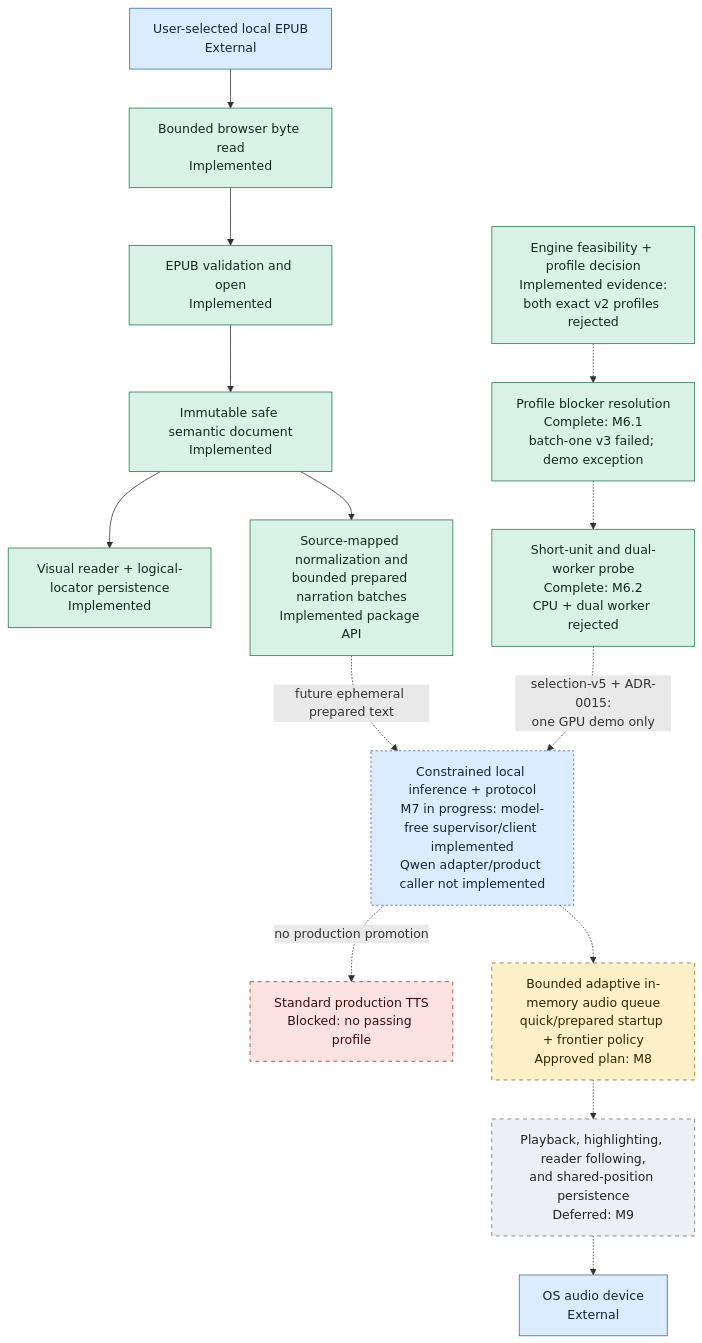
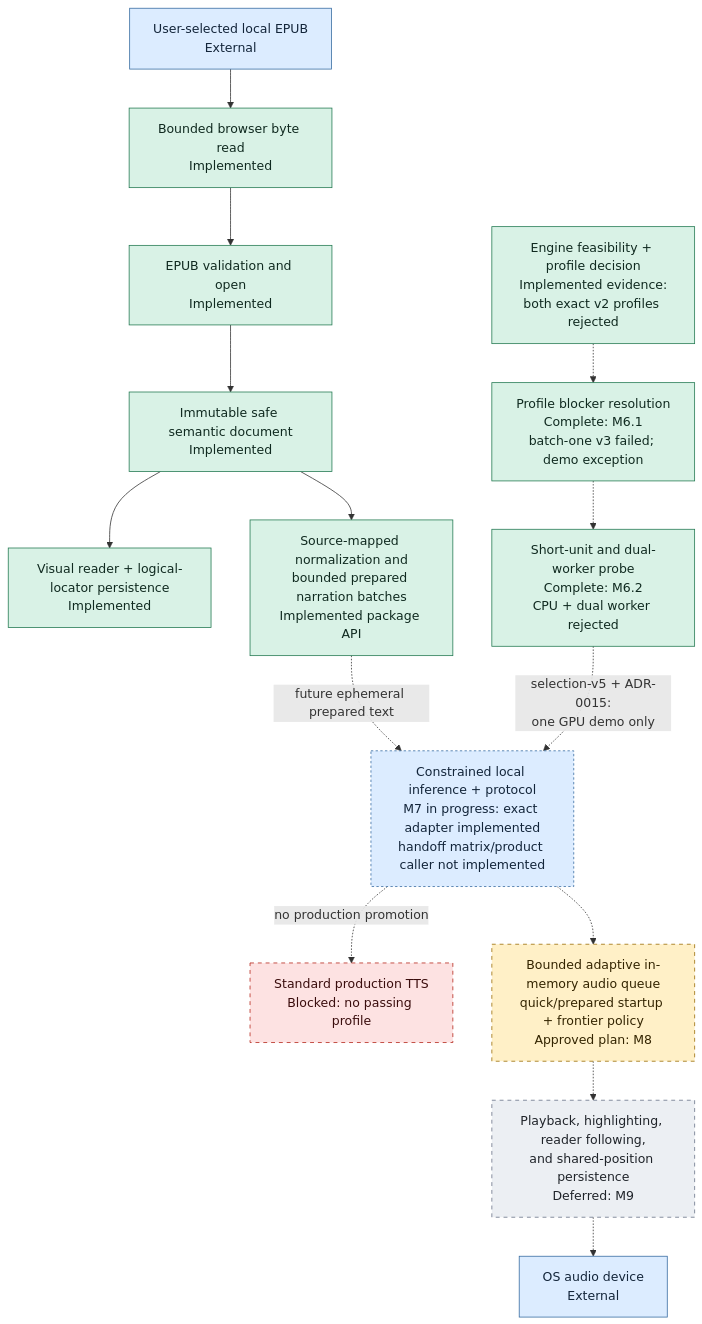
The second of 2 diagrams in docs/architecture/system-diagram.md (mmjosedaniel/voxleaf), drawn with Mermaid before and after one commit. The commit also changed other lines of this file and 23 other files, not shown here.

First line of the commit message:
Implement M007 Milestone 4 exact Qwen/Serena adapter (#117)

````diff
--- a/docs/architecture/system-diagram.md
+++ b/docs/architecture/system-diagram.md
@@ -118,35 +124,35 @@
 ```mermaid
 flowchart TD
     classDef implemented fill:#d9f2e6,stroke:#247a52,color:#102a20
     classDef progress fill:#dcecff,stroke:#356aa0,color:#13253a,stroke-dasharray: 3 3
     classDef planned fill:#fff0c7,stroke:#9a6b00,color:#332400,stroke-dasharray: 5 5
     classDef blocked fill:#fde2e2,stroke:#b42318,color:#3a0d0d,stroke-dasharray: 5 5
     classDef deferred fill:#eceff3,stroke:#667085,color:#20242a,stroke-dasharray: 5 5
     classDef external fill:#dcecff,stroke:#356aa0,color:#13253a
 
     FILE["User-selected local EPUB<br/>External"]:::external
     READ["Bounded browser byte read<br/>Implemented"]:::implemented
     OPEN["EPUB validation and open<br/>Implemented"]:::implemented
     SAFE["Immutable safe semantic document<br/>Implemented"]:::implemented
     VISUAL["Visual reader + logical-locator persistence<br/>Implemented"]:::implemented
     PREP["Source-mapped normalization and<br/>bounded prepared narration batches<br/>Implemented package API"]:::implemented
     PROFILE["Engine feasibility + profile decision<br/>Implemented evidence:<br/>both exact v2 profiles rejected"]:::implemented
     NEXT_PROFILE["Profile blocker resolution<br/>Complete: M6.1<br/>batch-one v3 failed; demo exception"]:::implemented
     BATCH_PROBE["Short-unit and dual-worker probe<br/>Complete: M6.2<br/>CPU + dual worker rejected"]:::implemented
-    INFER["Constrained local inference + protocol<br/>M7 in progress: model-free supervisor/client implemented<br/>Qwen adapter/product caller not implemented"]:::progress
+    INFER["Constrained local inference + protocol<br/>M7 in progress: exact adapter implemented<br/>handoff matrix/product caller not implemented"]:::progress
     PROD["Standard production TTS<br/>Blocked: no passing profile"]:::blocked
     BUFFER["Bounded adaptive in-memory audio queue<br/>quick/prepared startup + frontier policy<br/>Approved plan: M8"]:::planned
     FOLLOW["Playback, highlighting, reader following,<br/>and shared-position persistence<br/>Deferred: M9"]:::deferred
     DEVICE["OS audio device<br/>External"]:::external
 
     FILE --> READ --> OPEN --> SAFE --> VISUAL
     SAFE --> PREP
     PREP -.->|"future ephemeral prepared text"| INFER
     PROFILE -.-> NEXT_PROFILE
     NEXT_PROFILE -.-> BATCH_PROBE
     BATCH_PROBE -.->|"selection-v5 + ADR-0015:<br/>one GPU demo only"| INFER
     INFER -.->|"no production promotion"| PROD
     INFER -.-> BUFFER
     BUFFER -.-> FOLLOW
     FOLLOW -.-> DEVICE
 ```
````
